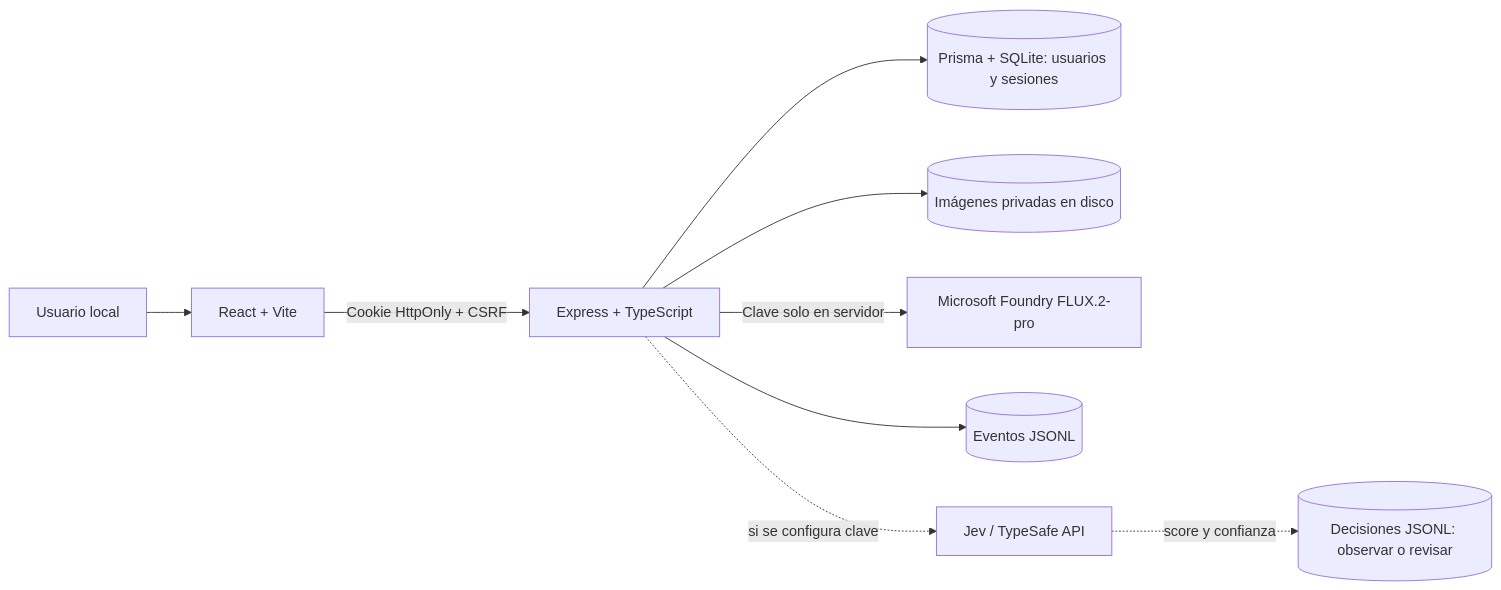
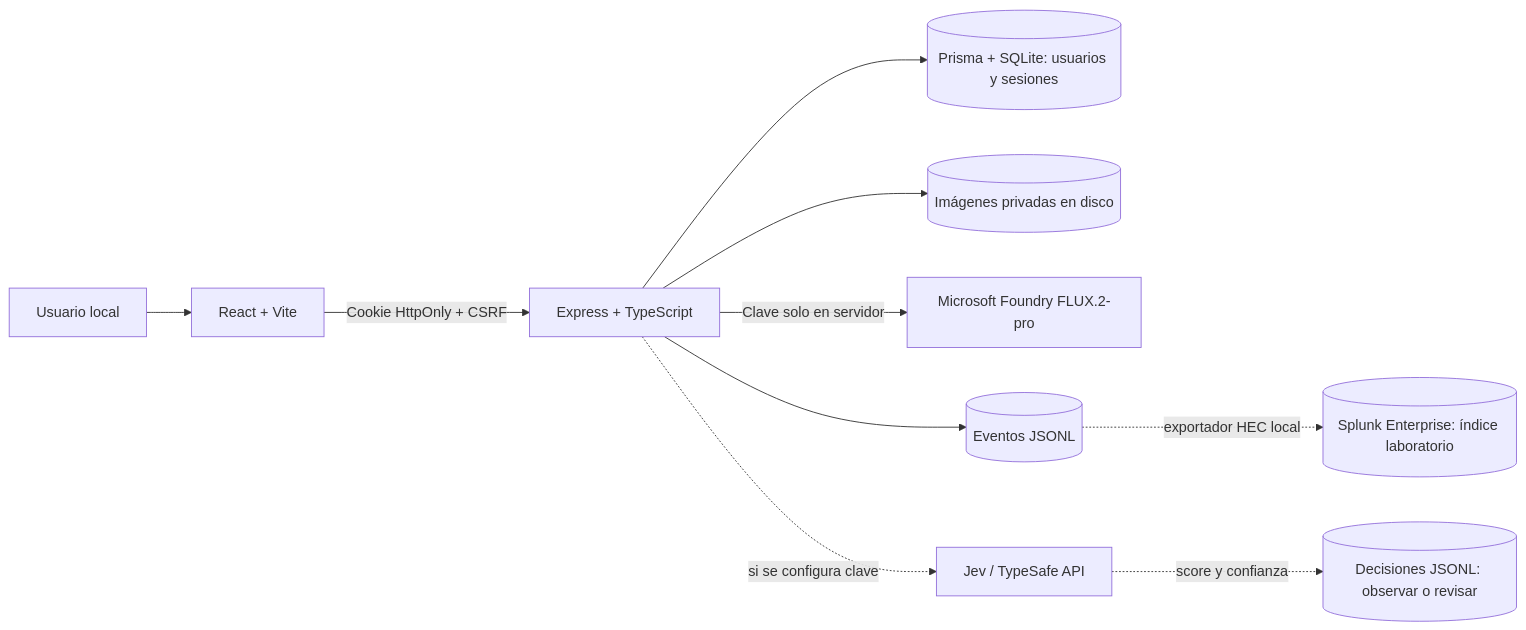
Before and after one commit to GuamanFrancis/adaptive-security-orchestrator: the diagram in docs/SECURITY_ARCHITECTURE.md, drawn with Mermaid. The commit also changed other lines of this file and 2 other files, not shown here.

Commit message:
docs(siem): record verified local Splunk ingestion

````diff
--- a/docs/SECURITY_ARCHITECTURE.md
+++ b/docs/SECURITY_ARCHITECTURE.md
@@ -9,11 +9,12 @@
 ```mermaid
 flowchart LR
   U[Usuario local] --> F[React + Vite]
   F -->|Cookie HttpOnly + CSRF| A[Express + TypeScript]
   A --> DB[(Prisma + SQLite: usuarios y sesiones)]
   A --> IMG[(Imágenes privadas en disco)]
   A -->|Clave solo en servidor| M[Microsoft Foundry FLUX.2-pro]
   A --> LOG[(Eventos JSONL)]
+  LOG -. exportador HEC local .-> SPL[(Splunk Enterprise: índice laboratorio)]
   A -. si se configura clave .-> J[Jev / TypeSafe API]
   J -. score y confianza .-> DEC[(Decisiones JSONL: observar o revisar)]
 ```
````
